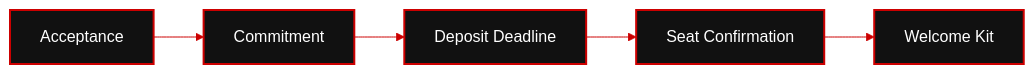
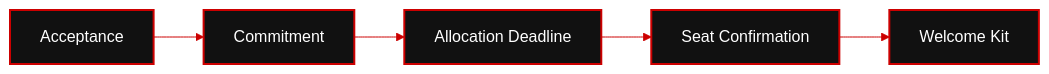
The diagram in RIAH-PATHWAY-WEBSITE-WIREFRAMES-STRUCTURE/11. ADMISSIONS/IMAGES/ACCEPTANCE-ENROLLMENT.mmd (RIAHPathway/Website-Draft), drawn with Mermaid before and after one commit. The commit also changed 11 other files, not shown here.

```diff
--- a/RIAH-PATHWAY-WEBSITE-WIREFRAMES-STRUCTURE/11. ADMISSIONS/IMAGES/ACCEPTANCE-ENROLLMENT.mmd
+++ b/RIAH-PATHWAY-WEBSITE-WIREFRAMES-STRUCTURE/11. ADMISSIONS/IMAGES/ACCEPTANCE-ENROLLMENT.mmd
@@ -1,13 +1,13 @@
 %%{init: {"theme":"base","themeVariables":{"primaryColor":"#111111","primaryTextColor":"#FFFFFF","primaryBorderColor":"#CC0000","lineColor":"#CC0000","secondaryColor":"#CC0000","tertiaryColor":"#111111"}}}%%
 flowchart LR
     N0["Acceptance"]
     N1["Commitment"]
-    N2["Deposit Deadline"]
+    N2["Allocation Deadline"]
     N3["Seat Confirmation"]
     N4["Welcome Kit"]
     N0 --> N1
     N1 --> N2
     N2 --> N3
     N3 --> N4
     classDef riah fill:#111111,stroke:#CC0000,color:#FFFFFF,stroke-width:2px;
     class N0,N1,N2,N3,N4 riah;
```
